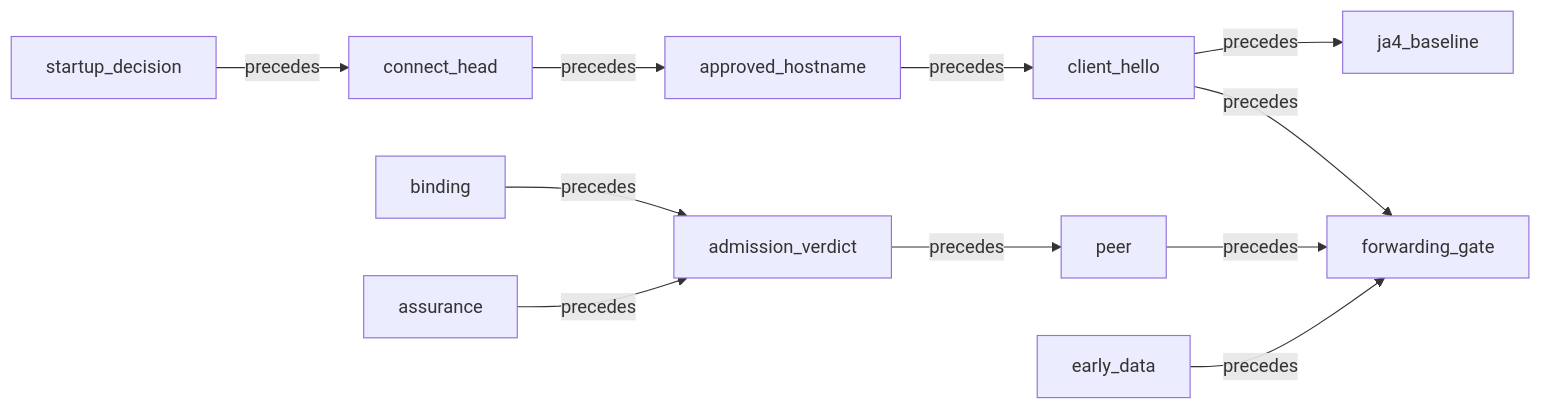
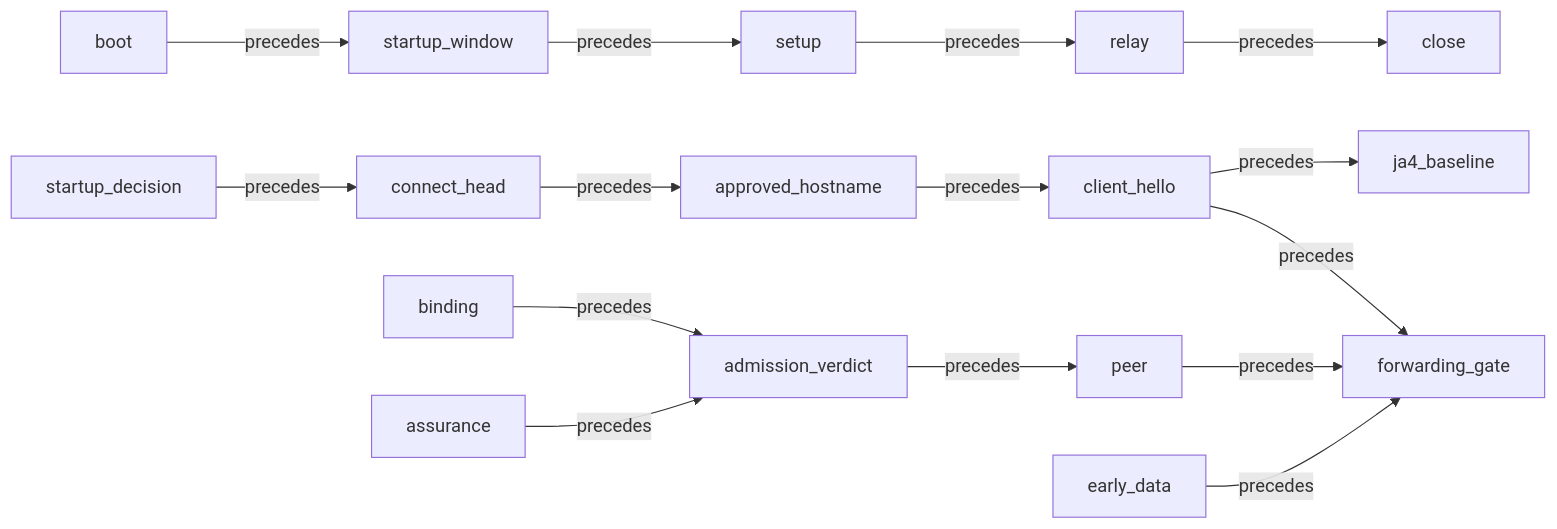
The second of 8 diagrams in docs/ontology.md (acje/alumina-proxy), drawn with Mermaid before and after one commit. The commit also changed other lines of this file, not shown here.

First line of the commit message:
docs: make the diagrams the single source of relations

````diff
--- a/docs/ontology.md
+++ b/docs/ontology.md
@@ -146,13 +179,17 @@
 ```mermaid
 flowchart LR
+    boot -->|precedes| startup_window
+    startup_window -->|precedes| setup
+    setup -->|precedes| relay
+    relay -->|precedes| close
     startup_decision -->|precedes| connect_head
     connect_head -->|precedes| approved_hostname
     approved_hostname -->|precedes| client_hello
     client_hello -->|precedes| ja4_baseline
     client_hello -->|precedes| forwarding_gate
     binding -->|precedes| admission_verdict
     assurance -->|precedes| admission_verdict
     admission_verdict -->|precedes| peer
     peer -->|precedes| forwarding_gate
     early_data -->|precedes| forwarding_gate
 ```
````
